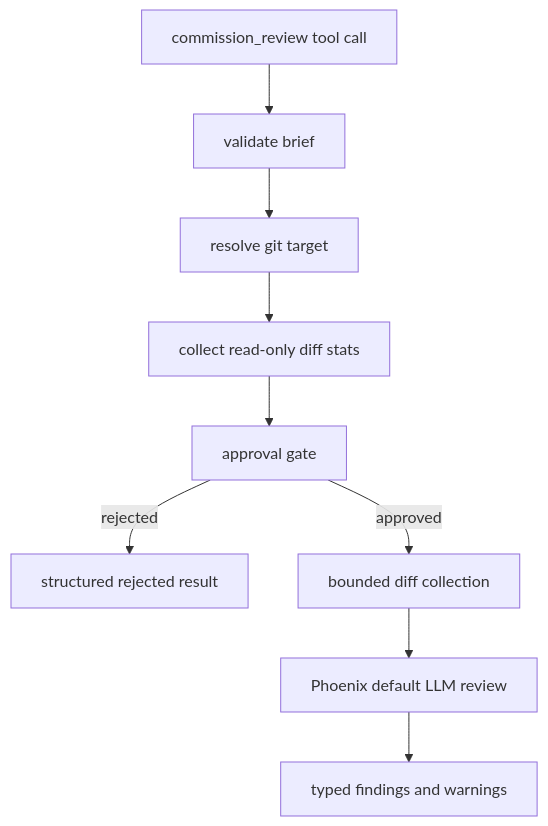
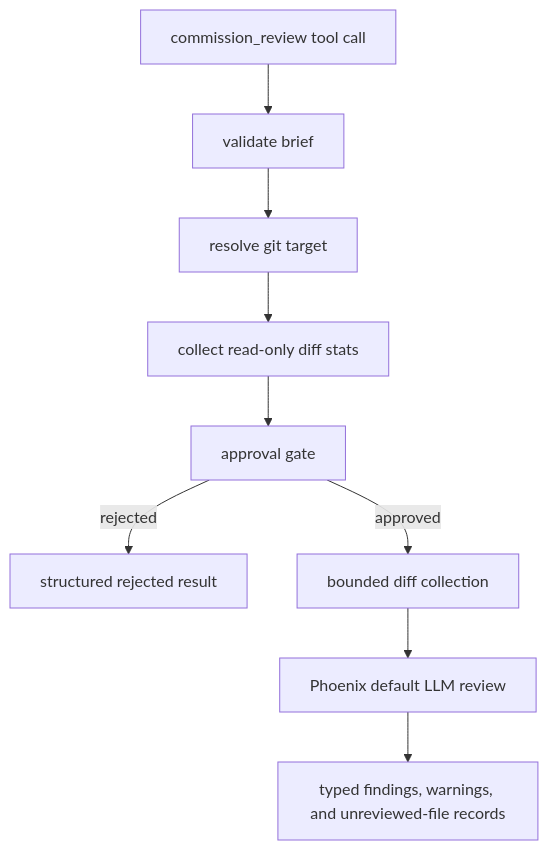
Before and after one commit to craigloewen-msft/phoenix-ide: the diagram in specs/commission-review/design.md, drawn with Mermaid. The commit also changed other lines of this file and 5 other files, not shown here.

````diff
--- a/specs/commission-review/design.md
+++ b/specs/commission-review/design.md
@@ -14,11 +15,11 @@
 ```mermaid
 flowchart TD
   A[commission_review tool call] --> B[validate brief]
   B --> C[resolve git target]
   C --> D[collect read-only diff stats]
   D --> E[approval gate]
   E -->|rejected| F[structured rejected result]
   E -->|approved| G[bounded diff collection]
   G --> H[Phoenix default LLM review]
-  H --> I[typed findings and warnings]
+  H --> I[typed findings, warnings, and unreviewed-file records]
 ```
````
